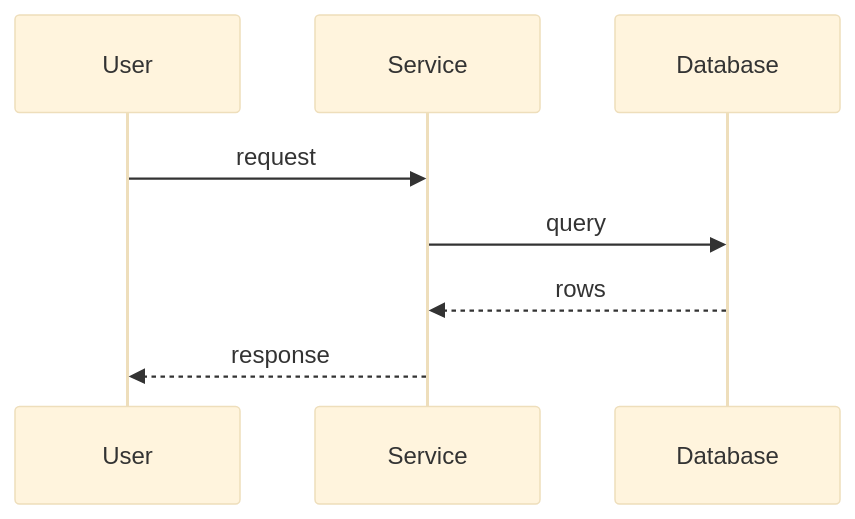
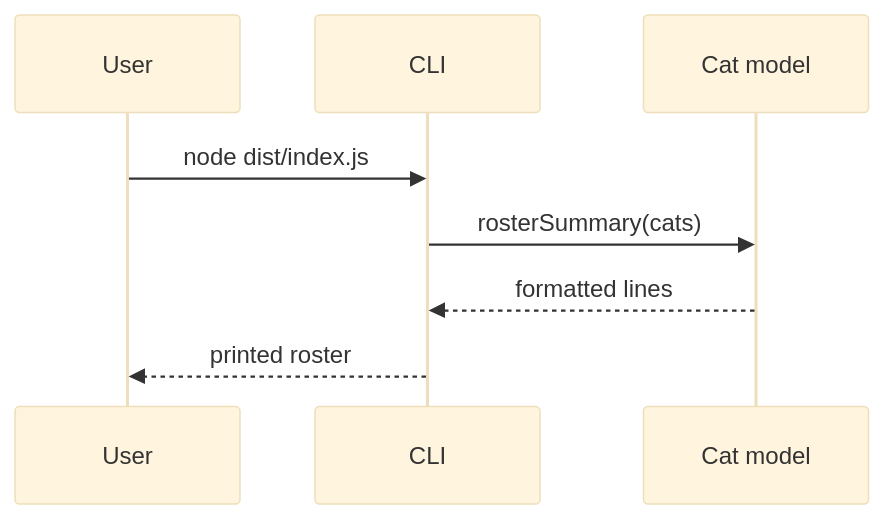
One commit to cwhiterite/cat-roster changed the second of 2 diagrams in docs/architecture.md. Above: the diagram before and after it, drawn with Mermaid (base theme). The commit also changed other lines of this file and 13 other files, not shown here.

Commit message:
feat: scaffold Cat Roster project with TypeScript + Vitest

````diff
--- a/docs/architecture.md
+++ b/docs/architecture.md
@@ -33,10 +34,10 @@
 ```mermaid
 sequenceDiagram
     participant U as User
-    participant S as Service
-    participant D as Database
-    U->>S: request
-    S->>D: query
-    D-->>S: rows
-    S-->>U: response
+    participant C as CLI
+    participant M as Cat model
+    U->>C: node dist/index.js
+    C->>M: rosterSummary(cats)
+    M-->>C: formatted lines
+    C-->>U: printed roster
 ```
````
